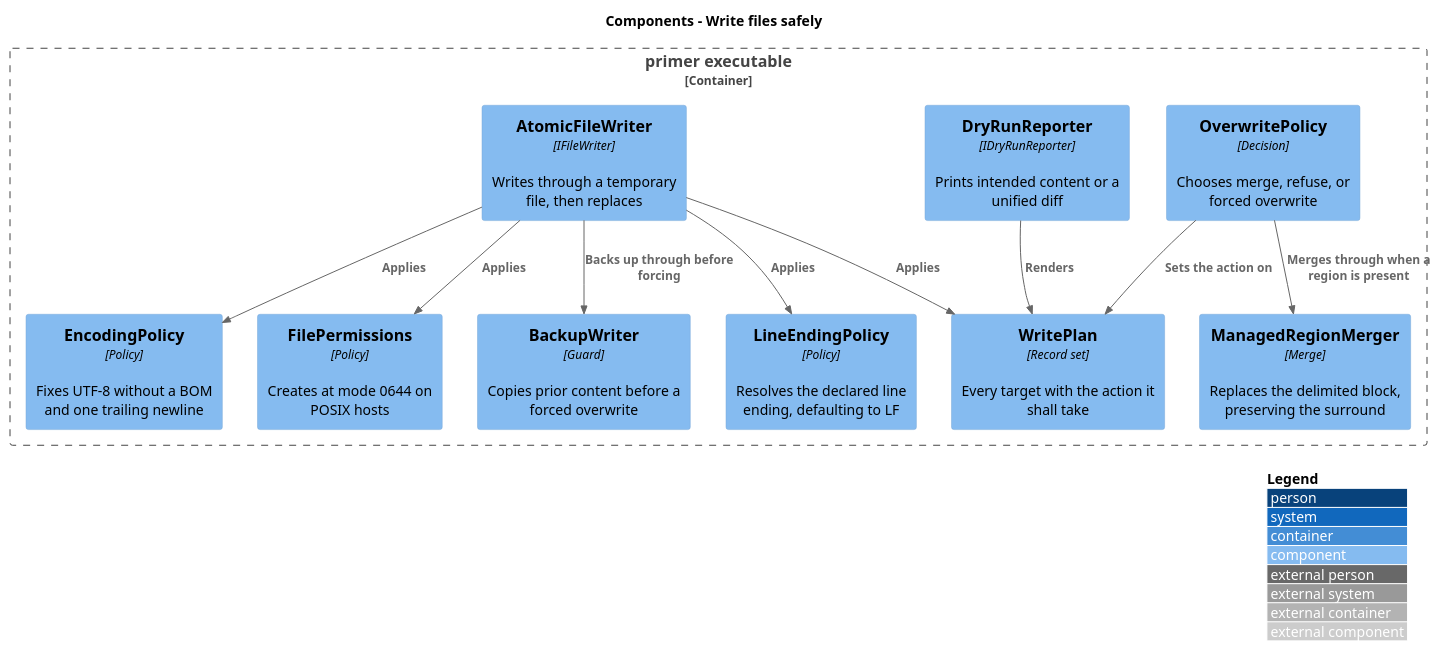
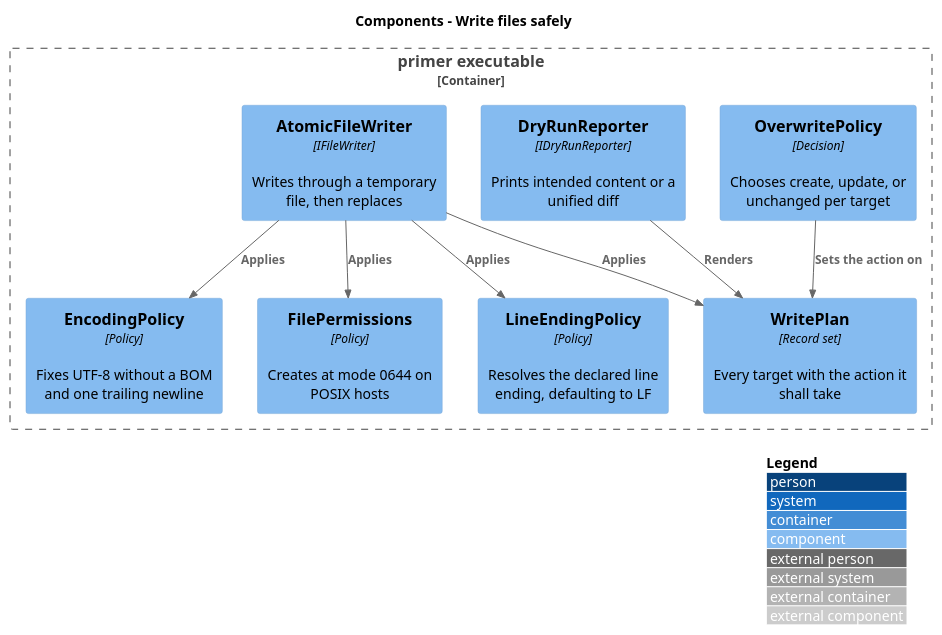
Before and after one commit to QuinntyneBrown/primer: the diagram in docs/detailed-designs/agent-file-generation/write-files-safely/diagrams/c4-component.puml, drawn with PlantUML. The commit also changed 53 other files, not shown here.

```diff
--- a/docs/detailed-designs/agent-file-generation/write-files-safely/diagrams/c4-component.puml
+++ b/docs/detailed-designs/agent-file-generation/write-files-safely/diagrams/c4-component.puml
@@ -1,26 +1,22 @@
 @startuml
 !include <C4/C4_Component>
 LAYOUT_WITH_LEGEND()
 title Components - Write files safely
 
 Container_Boundary(exe, "primer executable") {
   Component(plan, "WritePlan", "Record set", "Every target with the action it shall take")
-  Component(policy, "OverwritePolicy", "Decision", "Chooses merge, refuse, or forced overwrite")
-  Component(merger, "ManagedRegionMerger", "Merge", "Replaces the delimited block, preserving the surround")
+  Component(policy, "OverwritePolicy", "Decision", "Chooses create, update, or unchanged per target")
   Component(dryrun, "DryRunReporter", "IDryRunReporter", "Prints intended content or a unified diff")
   Component(writer, "AtomicFileWriter", "IFileWriter", "Writes through a temporary file, then replaces")
-  Component(backup, "BackupWriter", "Guard", "Copies prior content before a forced overwrite")
   Component(lineendings, "LineEndingPolicy", "Policy", "Resolves the declared line ending, defaulting to LF")
   Component(encoding, "EncodingPolicy", "Policy", "Fixes UTF-8 without a BOM and one trailing newline")
   Component(permissions, "FilePermissions", "Policy", "Creates at mode 0644 on POSIX hosts")
 }
 
 Rel(policy, plan, "Sets the action on")
-Rel(policy, merger, "Merges through when a region is present")
 Rel(dryrun, plan, "Renders")
 Rel(writer, plan, "Applies")
-Rel(writer, backup, "Backs up through before forcing")
 Rel(writer, lineendings, "Applies")
 Rel(writer, encoding, "Applies")
 Rel(writer, permissions, "Applies")
 @enduml
```
